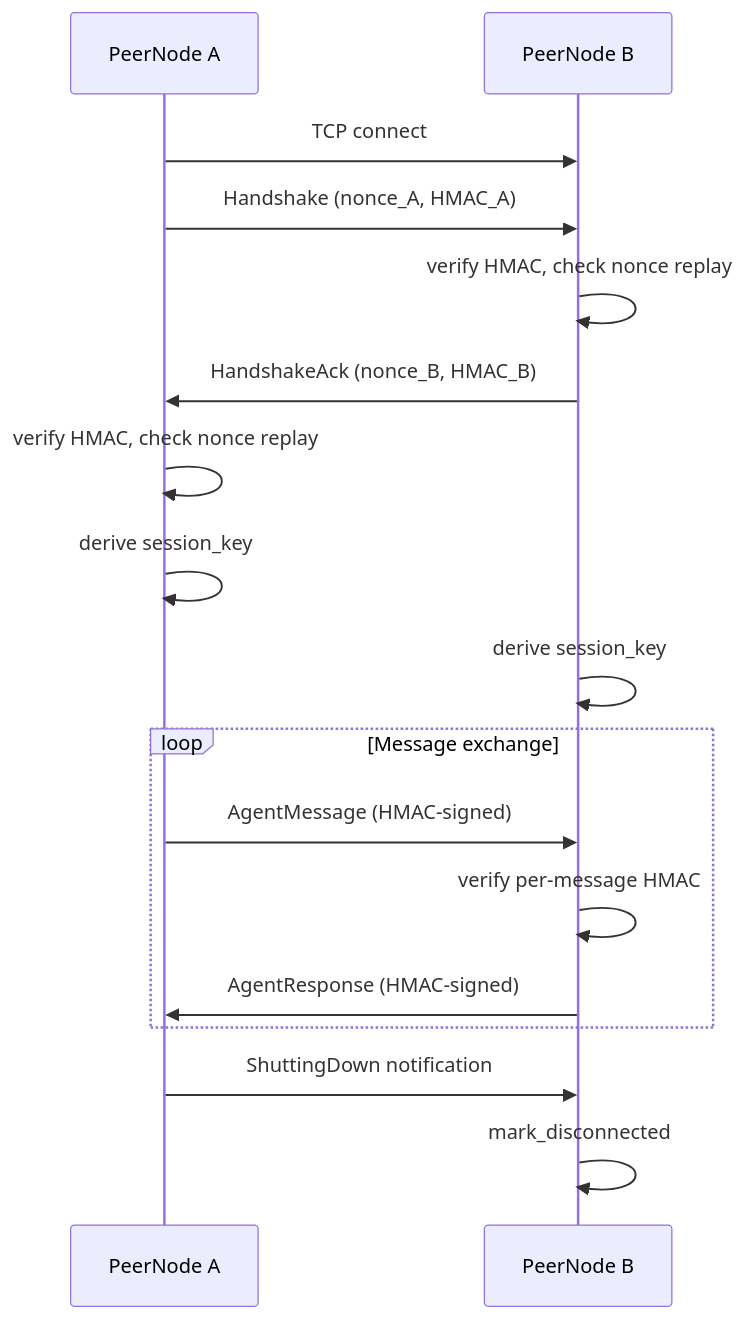
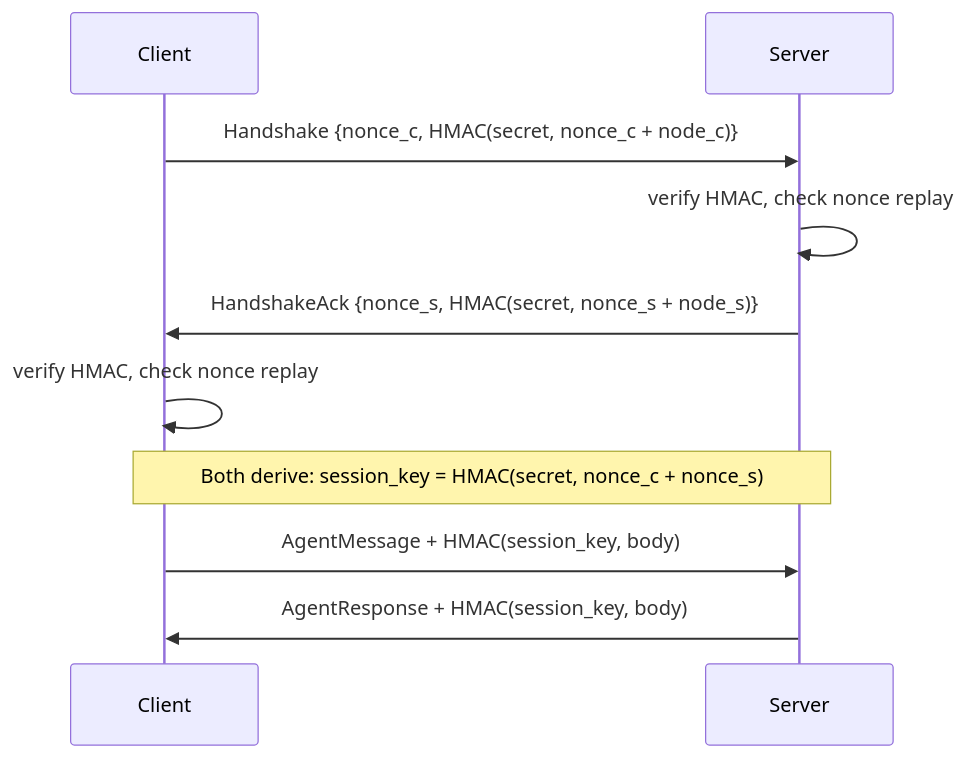
One commit to leszek3737/librefang-WIki changed the second of 2 diagrams in networking-p2p.md. Above: the diagram before and after it, drawn with Mermaid. The commit also changed other lines of this file and 120 other files, not shown here.

````diff
--- a/networking-p2p.md
+++ b/networking-p2p.md
@@ -167,22 +93,12 @@
 ```mermaid
 sequenceDiagram
-    participant A as PeerNode A
-    participant B as PeerNode B
-
-    A->>B: TCP connect
-    A->>B: Handshake (nonce_A, HMAC_A)
-    B->>B: verify HMAC, check nonce replay
-    B->>A: HandshakeAck (nonce_B, HMAC_B)
-    A->>A: verify HMAC, check nonce replay
-    A->>A: derive session_key
-    B->>B: derive session_key
-
-    loop Message exchange
-        A->>B: AgentMessage (HMAC-signed)
-        B->>B: verify per-message HMAC
-        B->>A: AgentResponse (HMAC-signed)
-    end
-
-    A->>B: ShuttingDown notification
-    B->>B: mark_disconnected
+    participant C as Client
+    participant S as Server
+    C->>S: Handshake {nonce_c, HMAC(secret, nonce_c + node_c)}
+    S->>S: verify HMAC, check nonce replay
+    S->>C: HandshakeAck {nonce_s, HMAC(secret, nonce_s + node_s)}
+    C->>C: verify HMAC, check nonce replay
+    Note over C,S: Both derive: session_key = HMAC(secret, nonce_c + nonce_s)
+    C->>S: AgentMessage + HMAC(session_key, body)
+    S->>C: AgentResponse + HMAC(session_key, body)
 ```
````
